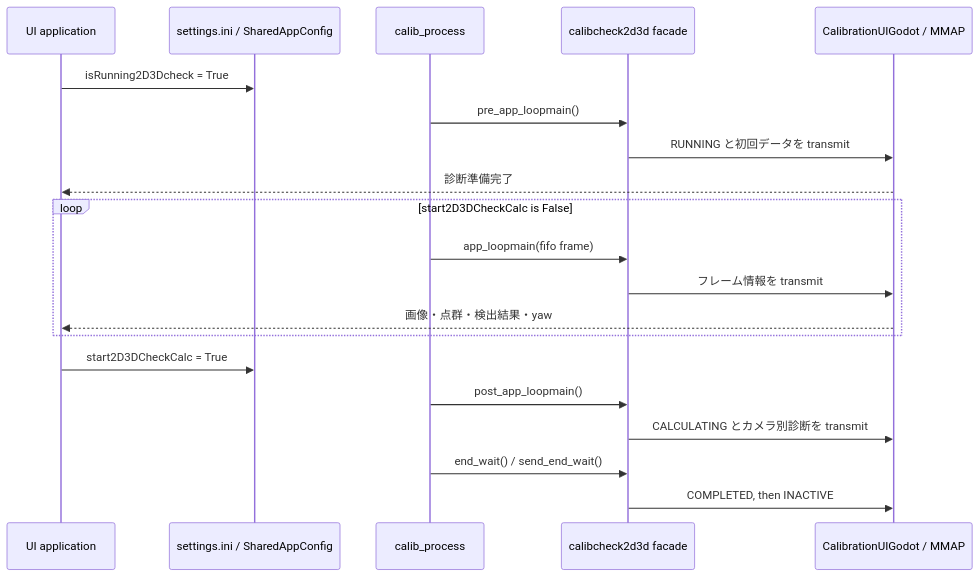
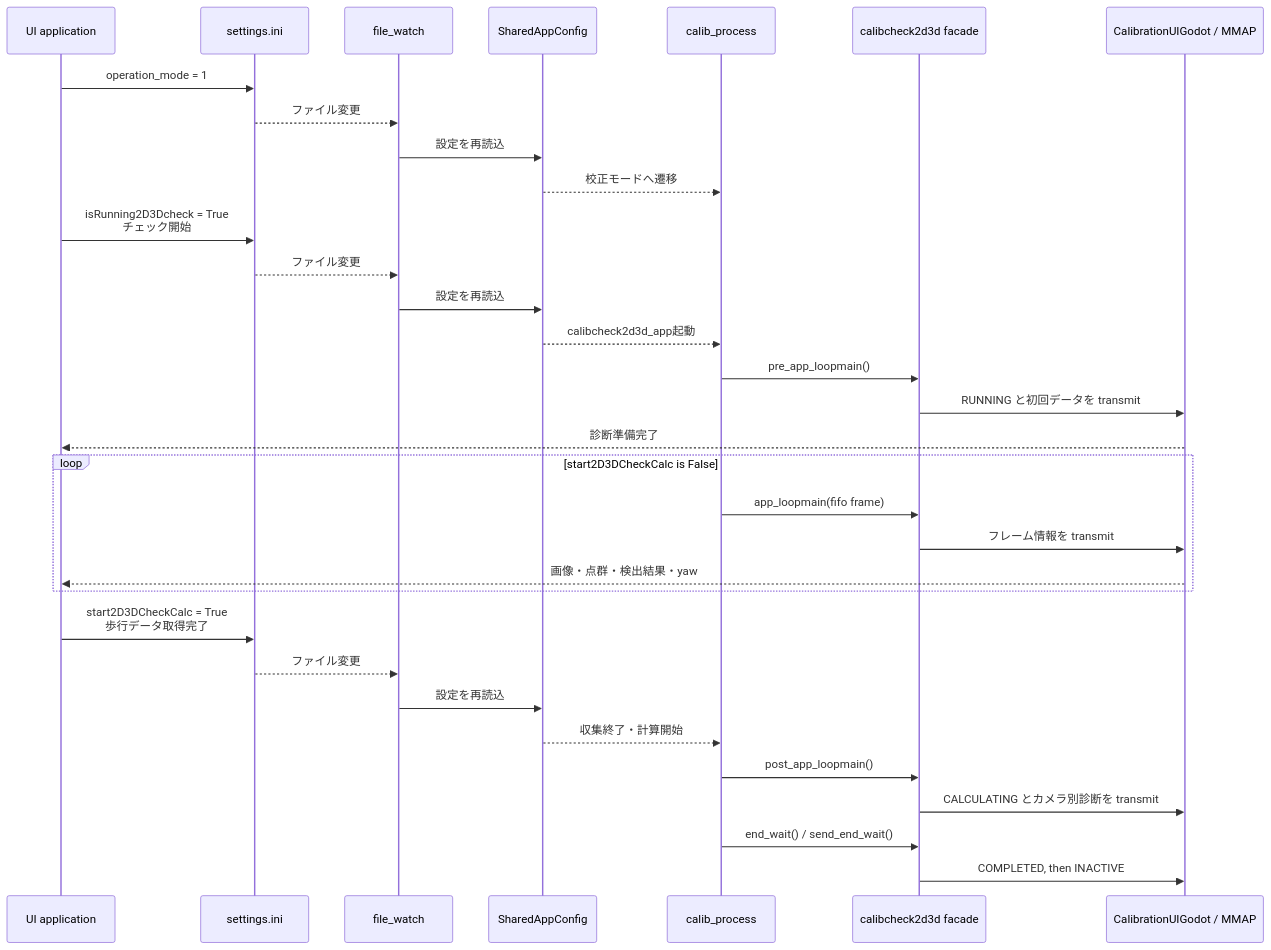
One commit to torchs52/local_calib changed the first of 3 diagrams in docs/calibcheck2d3d_refactoring_design.md. Above: the diagram before and after it, drawn with Mermaid. The commit also changed other lines of this file and 18 other files, not shown here.

````diff
--- a/docs/calibcheck2d3d_refactoring_design.md
+++ b/docs/calibcheck2d3d_refactoring_design.md
@@ -34,23 +40,35 @@
 ```mermaid
 sequenceDiagram
         participant UI as UI application
-        participant INI as settings.ini / SharedAppConfig
+        participant INI as settings.ini
+        participant FW as file_watch
+        participant SAC as SharedAppConfig
         participant CP as calib_process
         participant CC as calibcheck2d3d facade
         participant MMAP as CalibrationUIGodot / MMAP
 
-        UI->>INI: isRunning2D3Dcheck = True
+        UI->>INI: operation_mode = 1
+        INI-->>FW: ファイル変更
+        FW->>SAC: 設定を再読込
+        SAC-->>CP: 校正モードへ遷移
+        UI->>INI: isRunning2D3Dcheck = True<br/>チェック開始
+        INI-->>FW: ファイル変更
+        FW->>SAC: 設定を再読込
+        SAC-->>CP: calibcheck2d3d_app起動
         CP->>CC: pre_app_loopmain()
         CC->>MMAP: RUNNING と初回データを transmit
         MMAP-->>UI: 診断準備完了
         loop start2D3DCheckCalc is False
                 CP->>CC: app_loopmain(fifo frame)
                 CC->>MMAP: フレーム情報を transmit
                 MMAP-->>UI: 画像・点群・検出結果・yaw
         end
-        UI->>INI: start2D3DCheckCalc = True
+        UI->>INI: start2D3DCheckCalc = True<br/>歩行データ取得完了
+        INI-->>FW: ファイル変更
+        FW->>SAC: 設定を再読込
+        SAC-->>CP: 収集終了・計算開始
         CP->>CC: post_app_loopmain()
         CC->>MMAP: CALCULATING とカメラ別診断を transmit
         CP->>CC: end_wait() / send_end_wait()
         CC->>MMAP: COMPLETED, then INACTIVE
 ```
````
